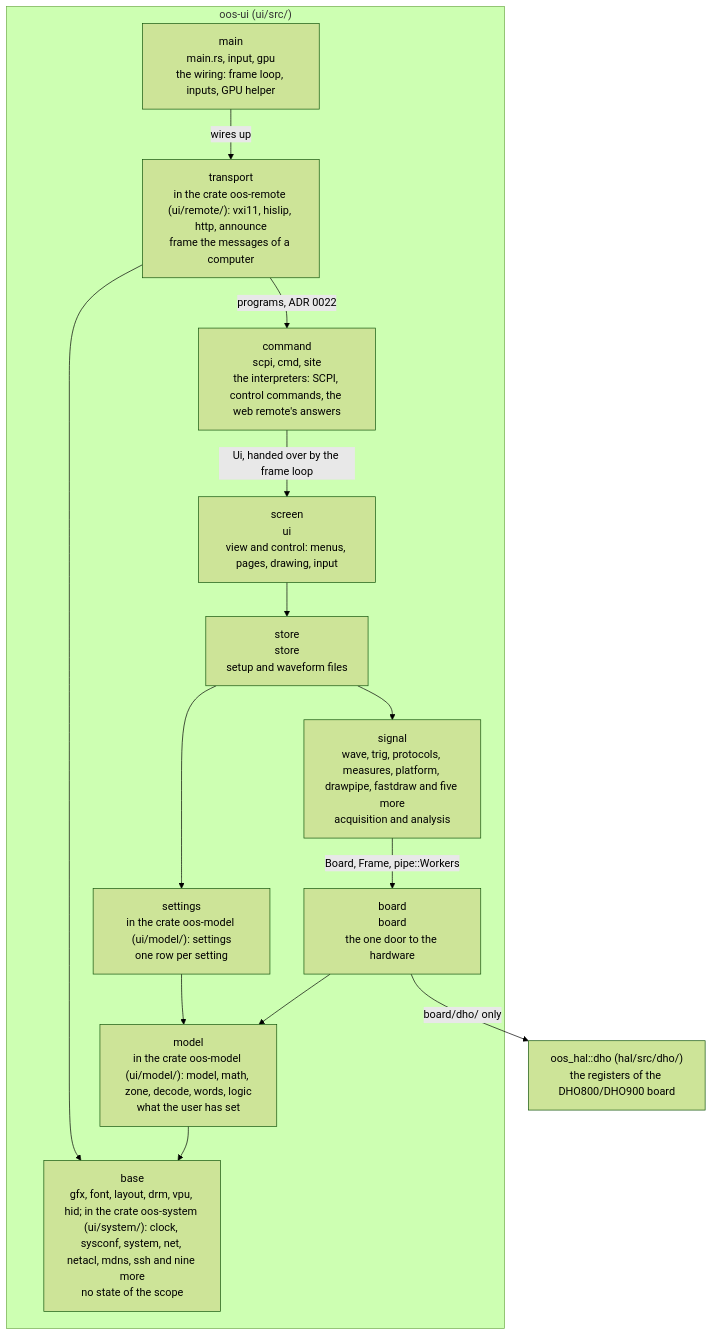
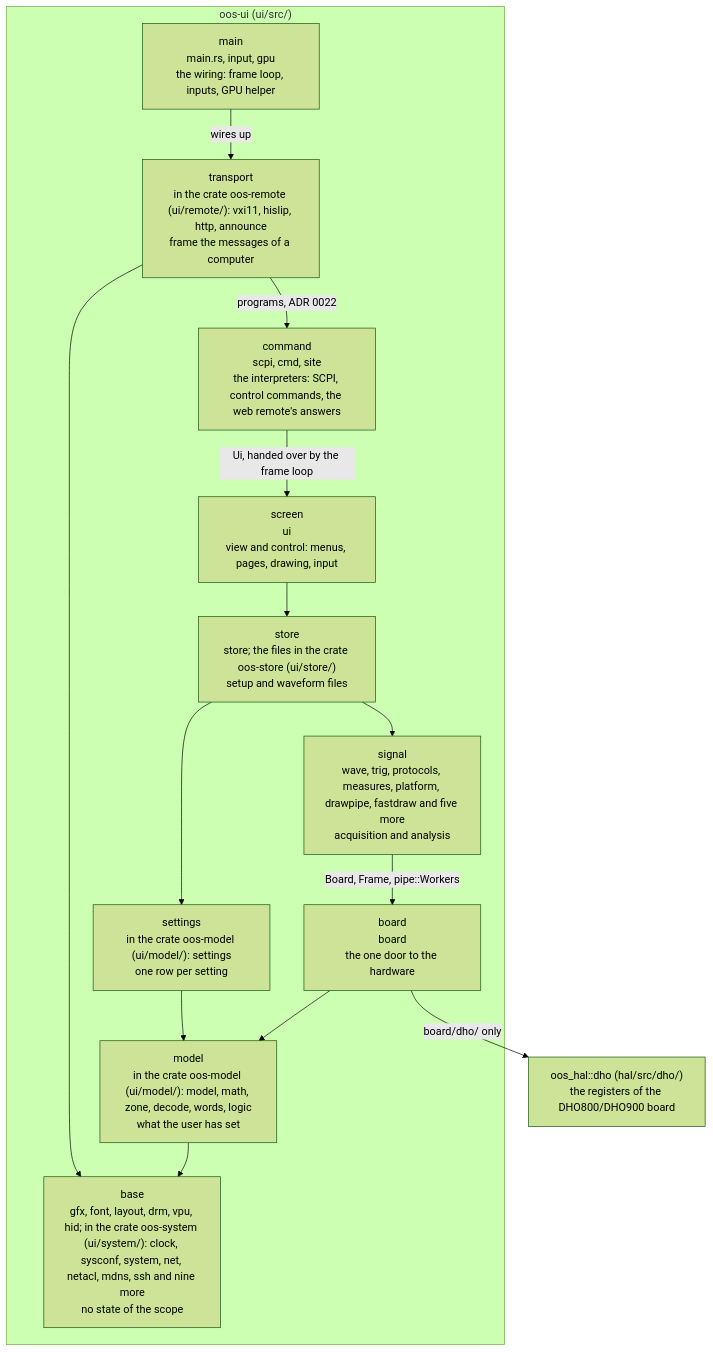
One commit to deckerjulian/oos changed the fourth of 5 diagrams in docs/architecture.md. Above: the diagram before and after it, drawn with Mermaid (forest theme). The commit also changed other lines of this file and 25 other files, not shown here.

````diff
--- a/docs/architecture.md
+++ b/docs/architecture.md
@@ -232,28 +242,28 @@
 ```mermaid
 flowchart TB
     subgraph uiL["oos-ui (ui/src/)"]
         main["main<br/>main.rs, input, gpu<br/>the wiring: frame loop, inputs, GPU helper"]
         transport["transport<br/>in the crate oos-remote (ui/remote/): vxi11, hislip, http, announce<br/>frame the messages of a computer"]
         command["command<br/>scpi, cmd, site<br/>the interpreters: SCPI, control commands, the web remote's answers"]
         screen["screen<br/>ui<br/>view and control: menus, pages, drawing, input"]
-        store["store<br/>store<br/>setup and waveform files"]
+        store["store<br/>store; the files in the crate oos-store (ui/store/)<br/>setup and waveform files"]
         signal["signal<br/>wave, trig, protocols, measures, platform, drawpipe, fastdraw and five more<br/>acquisition and analysis"]
         settings["settings<br/>in the crate oos-model (ui/model/): settings<br/>one row per setting"]
         board["board<br/>board<br/>the one door to the hardware"]
         model["model<br/>in the crate oos-model (ui/model/): model, math, zone, decode, words, logic<br/>what the user has set"]
         base["base<br/>gfx, font, layout, drm, vpu, hid; in the crate oos-system (ui/system/): clock, sysconf, system, net, netacl, mdns, ssh and nine more<br/>no state of the scope"]
     end
     hal["oos_hal::dho (hal/src/dho/)<br/>the registers of the DHO800/DHO900 board"]
     main -- "wires up" --> transport
     transport -- "programs, ADR 0022" --> command
     transport --> base
     command -- "Ui, handed over by the frame loop" --> screen
     screen --> store
     store --> signal
     store --> settings
     signal -- "Board, Frame, pipe::Workers" --> board
     settings --> model
     board --> model
     model --> base
     board -- "board/dho/ only" --> hal
 ```
````
